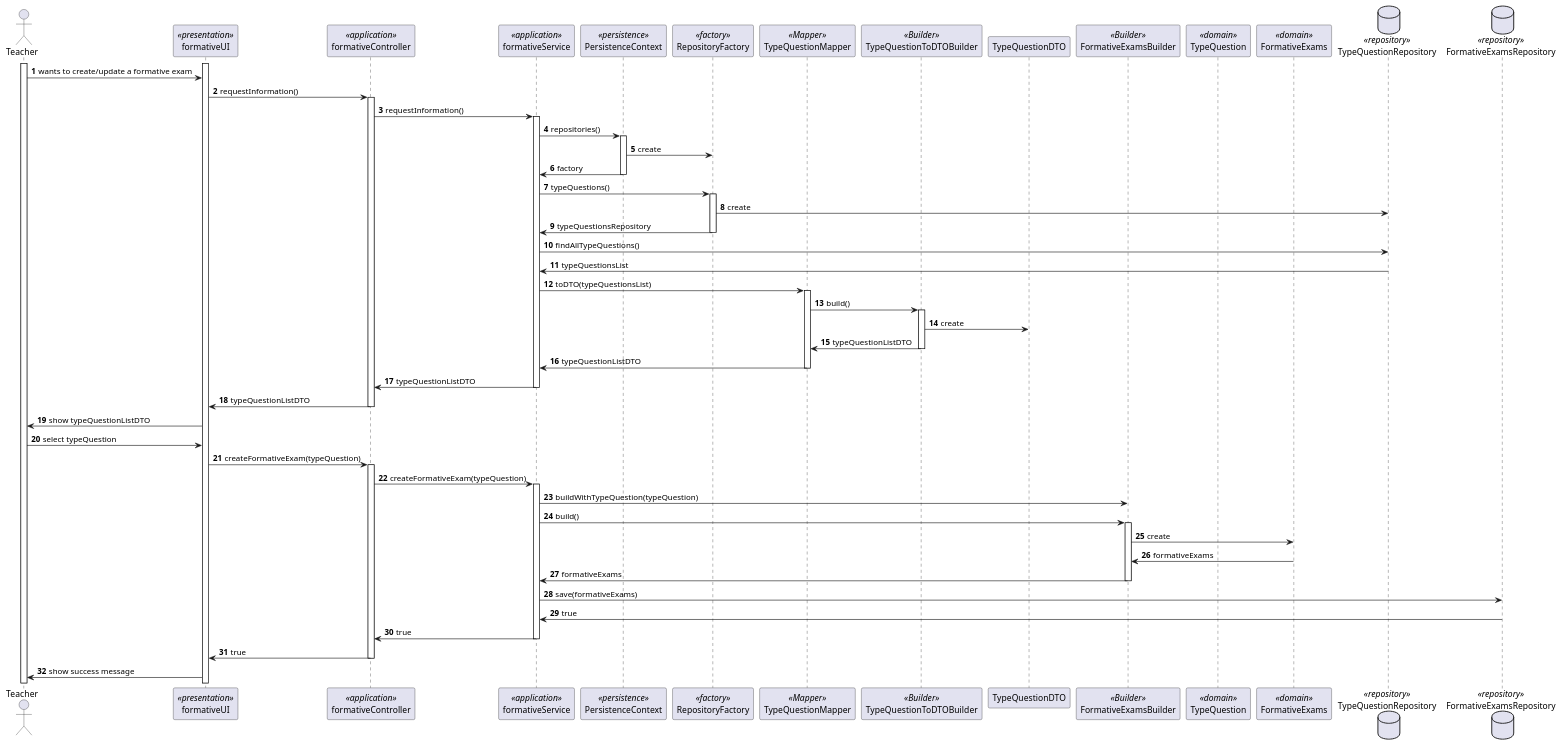
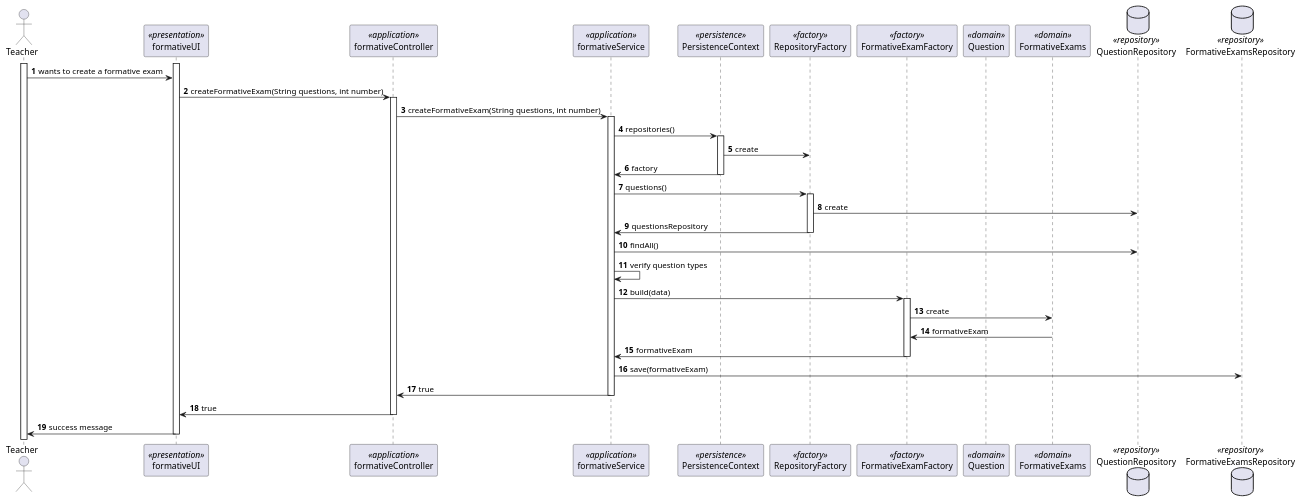
Before and after one commit to Marco-Nobrega-Andrade/sem4pi_22_23: the diagram in docs/Sprint_B/us_2008/SD_FormativeExams.puml, drawn with PlantUML.

Commit message:
[US_2008][Design] - Re-design SD to match with actual implementation

```diff
--- a/docs/Sprint_B/us_2008/SD_FormativeExams.puml
+++ b/docs/Sprint_B/us_2008/SD_FormativeExams.puml
@@ -1,89 +1,59 @@
 @startuml
 'https://plantuml.com/sequence-diagram
 
 autonumber
 
 actor Teacher
 
 participant "formativeUI" as UI <<presentation>>
 participant "formativeController" as Controller <<application>>
 participant "formativeService" as Service <<application>>
 
 participant "PersistenceContext" as Persistence <<persistence>>
 participant "RepositoryFactory" as Factory <<factory>>
 
-participant "TypeQuestionMapper" as Mapper <<Mapper>>
-participant "TypeQuestionToDTOBuilder" as BuilderDTO <<Builder>>
-participant "TypeQuestionDTO" as DTO
+participant "FormativeExamFactory" as FormativeExamFactory <<factory>>
 
-participant "FormativeExamsBuilder" as Builder <<Builder>>
-
-participant "TypeQuestion" as TypeQuestion <<domain>>
+participant "Question" as Question <<domain>>
 participant "FormativeExams" as FormativeExams <<domain>>
 
-
-database "TypeQuestionRepository" as TypeQuestionRepository <<repository>>
+database "QuestionRepository" as QuestionRepository <<repository>>
 database "FormativeExamsRepository" as FormativeExamsRepository <<repository>>
 
 activate Teacher
 activate UI
 
-Teacher -> UI: wants to create/update a formative exam
-
-
-
-UI -> Controller : requestInformation()
+Teacher -> UI: wants to create a formative exam
+UI -> Controller: createFormativeExam(String questions, int number)
 activate Controller
-Controller -> Service : requestInformation()
+Controller -> Service: createFormativeExam(String questions, int number)
 activate Service
-
-
 Service -> Persistence: repositories()
 activate Persistence
 Persistence -> Factory: create
 Persistence -> Service: factory
 deactivate Persistence
-Service -> Factory: typeQuestions()
+Service -> Factory: questions()
 activate Factory
-Factory -> TypeQuestionRepository: create
-Factory -> Service: typeQuestionsRepository
+Factory -> QuestionRepository : create
+Factory -> Service: questionsRepository
 deactivate Factory
-Service -> TypeQuestionRepository: findAllTypeQuestions()
-TypeQuestionRepository -> Service: typeQuestionsList
-Service -> Mapper : toDTO(typeQuestionsList)
-activate Mapper
-Mapper -> BuilderDTO : build()
-activate BuilderDTO
-BuilderDTO -> DTO : create
-BuilderDTO -> Mapper : typeQuestionListDTO
-deactivate BuilderDTO
-Mapper -> Service : typeQuestionListDTO
-deactivate Mapper
-Service -> Controller : typeQuestionListDTO
+Service -> QuestionRepository: findAll()
+Service -> Service : verify question types
+Service -> FormativeExamFactory: build(data)
+activate FormativeExamFactory
+FormativeExamFactory -> FormativeExams: create
+FormativeExams -> FormativeExamFactory: formativeExam
+FormativeExamFactory -> Service: formativeExam
+deactivate FormativeExamFactory
+Service -> FormativeExamsRepository: save(formativeExam)
+Service -> Controller: true
 deactivate Service
-Controller -> UI : typeQuestionListDTO
+Controller -> UI: true
 deactivate Controller
-UI -> Teacher : show typeQuestionListDTO
-Teacher -> UI : select typeQuestion
-UI -> Controller : createFormativeExam(typeQuestion)
-activate Controller
-Controller -> Service : createFormativeExam(typeQuestion)
-activate Service
-Service -> Builder : buildWithTypeQuestion(typeQuestion)
-Service -> Builder : build()
-activate Builder
-Builder -> FormativeExams : create
-FormativeExams -> Builder : formativeExams
-Builder -> Service : formativeExams
-deactivate Builder
-Service -> FormativeExamsRepository : save(formativeExams)
-FormativeExamsRepository -> Service : true
-Service -> Controller : true
-deactivate Service
-Controller -> UI : true
-deactivate Controller
-UI -> Teacher : show success message
+UI-> Teacher: success message
+deactivate UI
 
 
 
 @enduml
```
